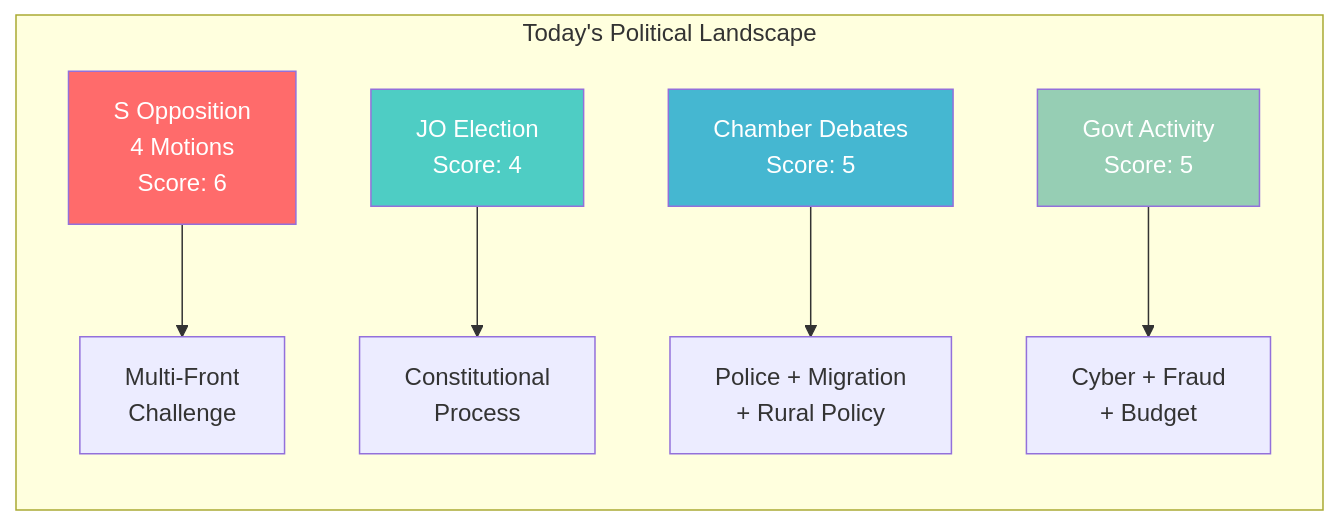
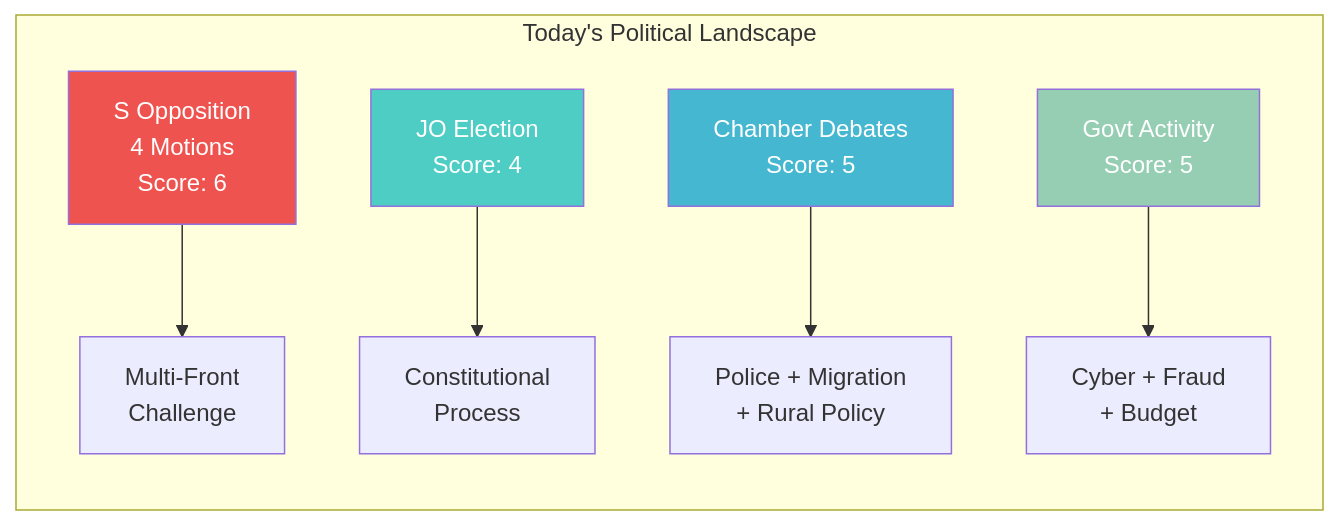
The diagram in analysis/daily/2026-04-15/realtime-0954/synthesis-summary.md (Hack23/riksdagsmonitor), drawn with Mermaid before and after one commit. The commit also changed 785 other files, not shown here.

First line of the commit message:
Normalize mermaid colors across 786 analysis artifacts to ISMS Style Guide palette

````diff
--- a/analysis/daily/2026-04-15/realtime-0954/synthesis-summary.md
+++ b/analysis/daily/2026-04-15/realtime-0954/synthesis-summary.md
@@ -50,14 +50,14 @@
 ```mermaid
 graph LR
     subgraph "Today's Political Landscape"
         A["S Opposition<br/>4 Motions<br/>Score: 6"] --> E["Multi-Front<br/>Challenge"]
         B["JO Election<br/>Score: 4"] --> F["Constitutional<br/>Process"]
         C["Chamber Debates<br/>Score: 5"] --> G["Police + Migration<br/>+ Rural Policy"]
         D["Govt Activity<br/>Score: 5"] --> H["Cyber + Fraud<br/>+ Budget"]
     end
 
-    style A fill:#ff6b6b,color:#fff
-    style B fill:#4ecdc4,color:#fff
-    style C fill:#45b7d1,color:#fff
-    style D fill:#96ceb4,color:#fff
+    style A fill:#EF5350,color:#FFFFFF
+    style B fill:#4ecdc4,color:#FFFFFF
+    style C fill:#45b7d1,color:#FFFFFF
+    style D fill:#96ceb4,color:#FFFFFF
 ```
````
